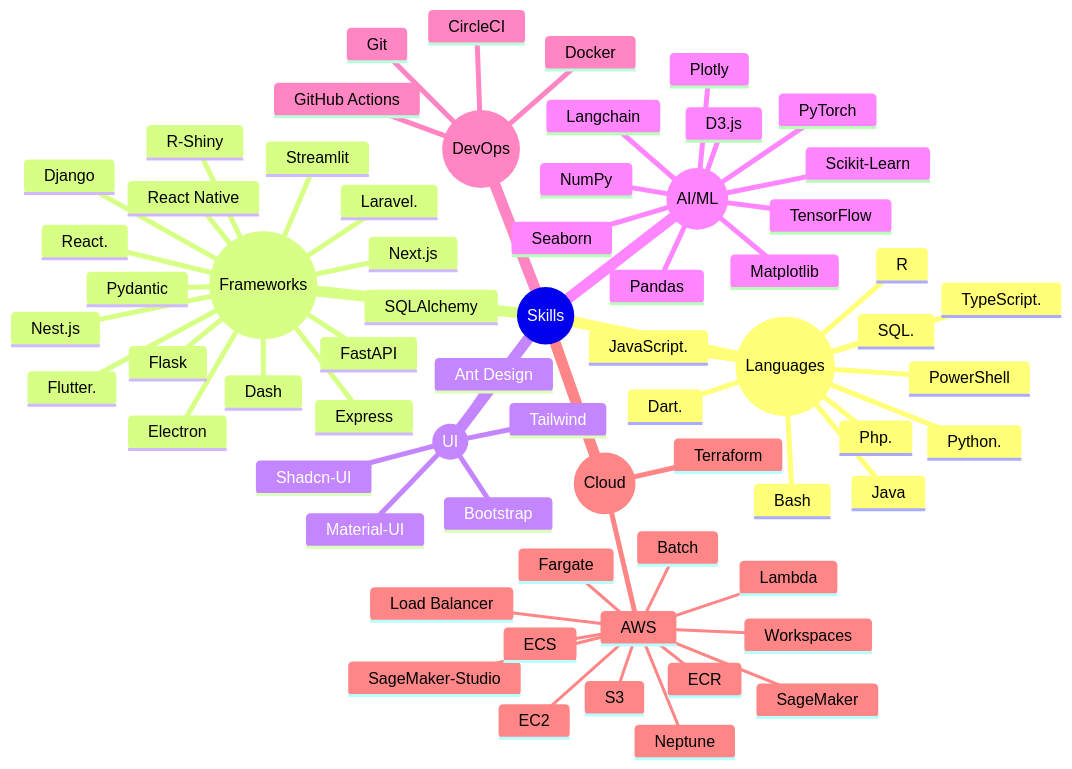
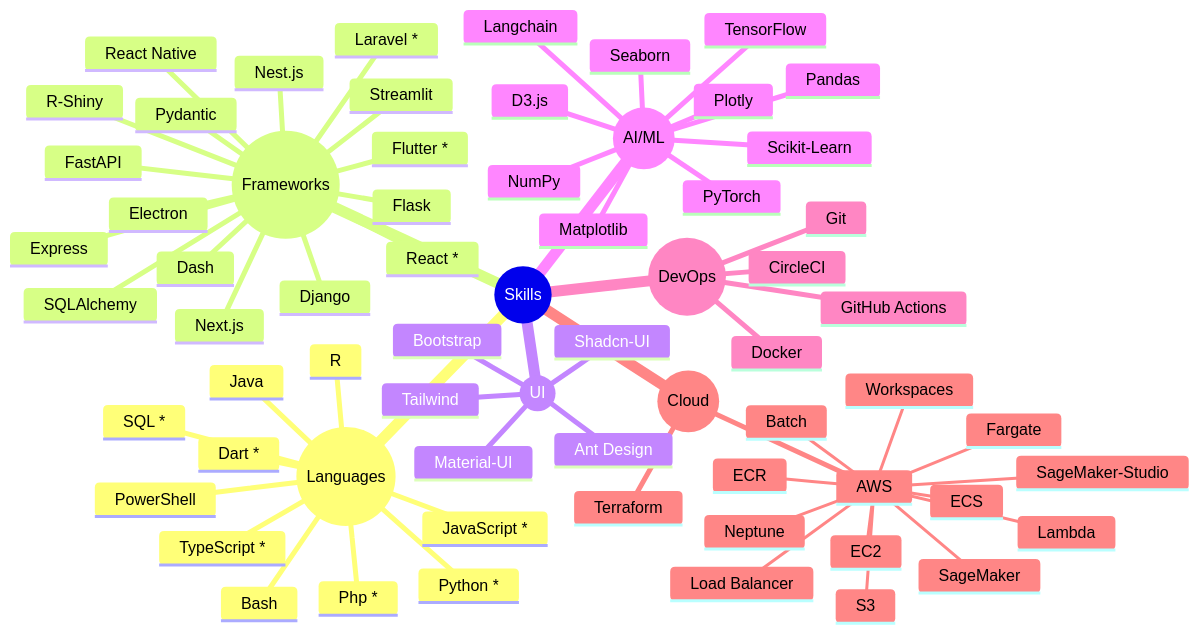
One commit to eisax/eisax changed the diagram in README.md. Above: the diagram before and after it, drawn with Mermaid.

````diff
--- a/README.md
+++ b/README.md
@@ -24,69 +24,69 @@
 ```mermaid
 mindmap
   root((Skills))
     ((Languages))
-      Python.
-      JavaScript.
-      TypeScript.
+      Python *
+      JavaScript *
+      TypeScript *
       Java
-      Php.
-      Dart.
+      Php *
+      Dart *
       R
-      SQL.
+      SQL *
       Bash
       PowerShell
     ((Frameworks))
-      React.
+      React *
       Flask
       React Native
-      Flutter.
+      Flutter *
       Nest.js
       Django
       FastAPI
       Express
-      Laravel.
+      Laravel *
       Electron
       Next.js
       Dash
       R-Shiny
       Streamlit
       Pydantic
       SQLAlchemy
     ((UI))
       Material-UI
       Tailwind
       Shadcn-UI
       Ant Design
       Bootstrap
     ((AI/ML))
       PyTorch
       TensorFlow
       Plotly
       D3.js
       Pandas
       NumPy
       Matplotlib
       Seaborn
       Scikit-Learn
       Langchain
     ((DevOps))
       Git
       Docker
       CircleCI
       GitHub Actions
     ((Cloud))
       AWS
         S3
         Lambda
         SageMaker
         SageMaker-Studio
         Batch
         ECR
         Fargate
         EC2
         Workspaces
         Neptune
         ECS
         Load Balancer
       Terraform
 ``` 
````
